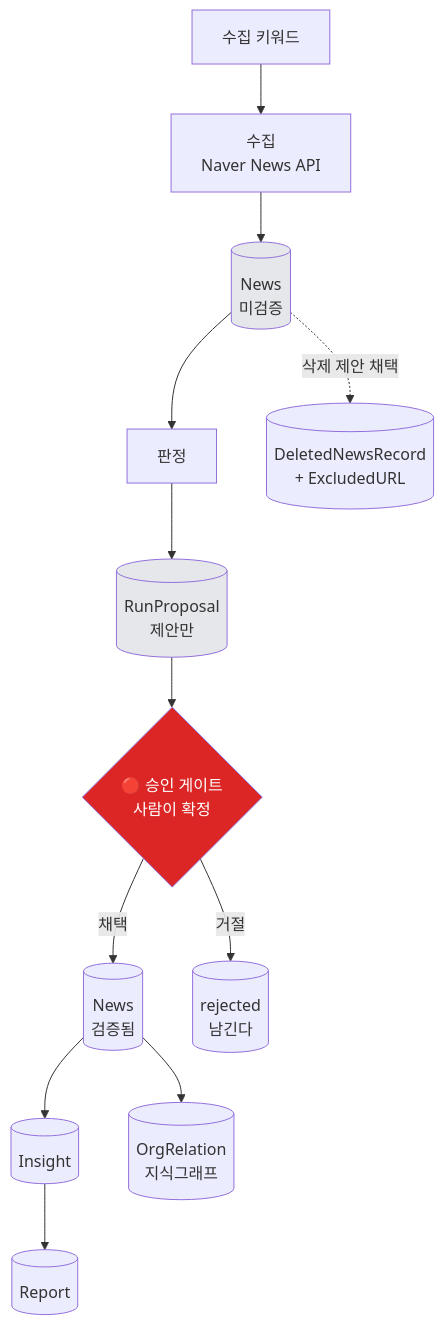
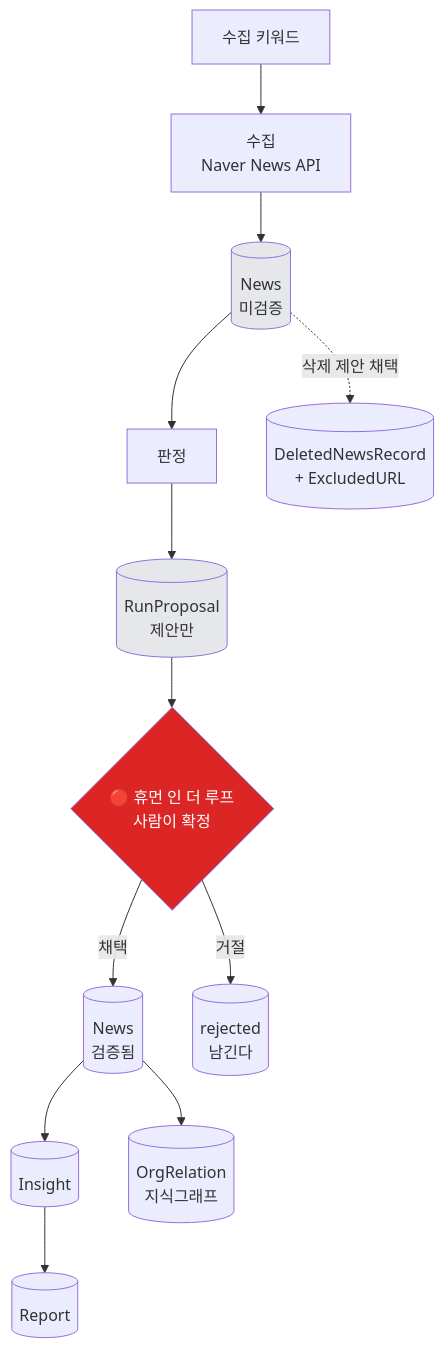
Before and after one commit to jwlee-dplanex/AI-Market-Watch: the third of 7 diagrams in docs/architecture.md, drawn with Mermaid. The commit also changed other lines of this file and 6 other files, not shown here.

````diff
--- a/docs/architecture.md
+++ b/docs/architecture.md
@@ -67,17 +67,17 @@
 ```mermaid
 flowchart TB
     K["수집 키워드"] --> C["수집<br/>Naver News API"]
     C --> NU[("News<br/>미검증")]
     NU --> J["판정"]
     J --> RP[("RunProposal<br/>제안만")]
-    RP --> GATE{"🔴 승인 게이트<br/>사람이 확정"}
+    RP --> GATE{"🔴 휴먼 인 더 루프<br/>사람이 확정"}
     GATE -->|채택| NV[("News<br/>검증됨")]
     GATE -->|거절| REJ[("rejected<br/>남긴다")]
     NU -.->|삭제 제안 채택| DEL[("DeletedNewsRecord<br/>+ ExcludedURL")]
     NV --> I[("Insight")] --> R[("Report")]
     NV --> OR[("OrgRelation<br/>지식그래프")]
 
     style GATE fill:#DC2626,color:#fff
     style NU fill:#e5e7eb
     style RP fill:#e5e7eb
 ```
````
